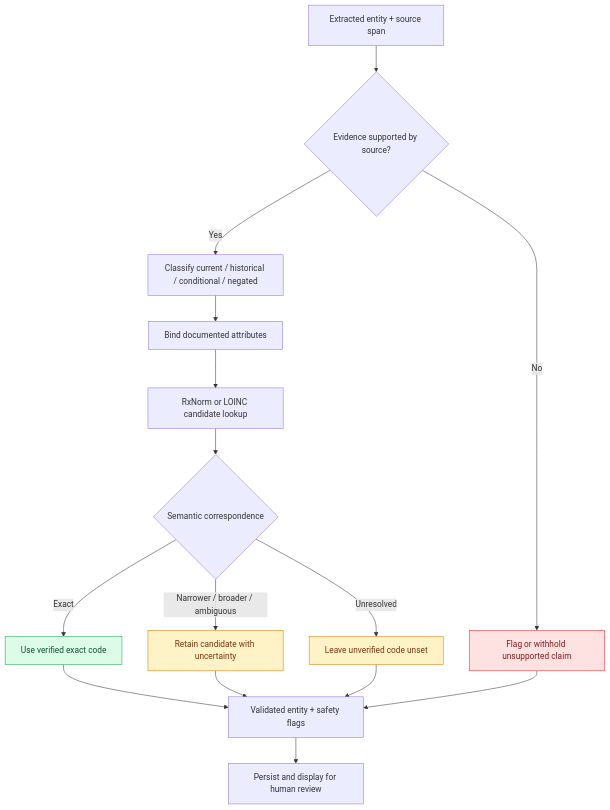
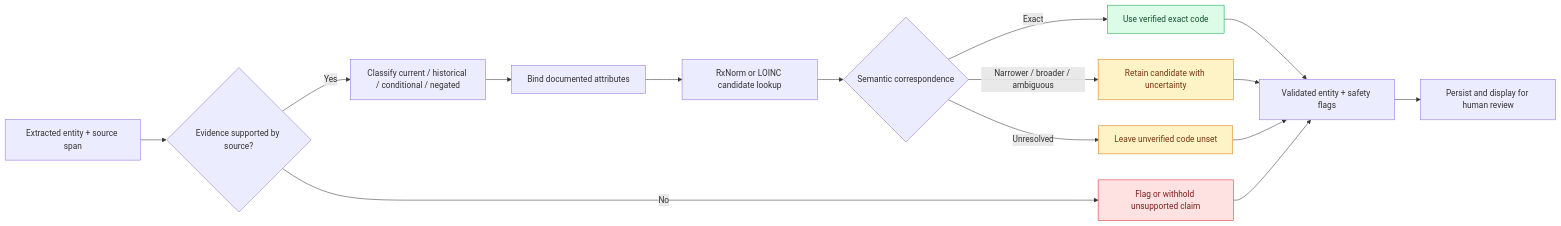
The fourth of 6 diagrams in README.md (935125/Apollo-Clinical-Extraction), drawn with Mermaid before and after one commit. The commit also changed other lines of this file and 6 other files, not shown here.

````diff
--- a/README.md
+++ b/README.md
@@ -137,24 +244,24 @@
 ```mermaid
-flowchart TD
+flowchart LR
     INPUT["Extracted entity + source span"] --> EVIDENCE{"Evidence supported by source?"}
     EVIDENCE -->|"No"| HOLD["Flag or withhold unsupported claim"]
     EVIDENCE -->|"Yes"| SCOPE["Classify current / historical / conditional / negated"]
     SCOPE --> ATTR["Bind documented attributes"]
     ATTR --> CODE["RxNorm or LOINC candidate lookup"]
     CODE --> MATCH{"Semantic correspondence"}
     MATCH -->|"Exact"| EXACT["Use verified exact code"]
     MATCH -->|"Narrower / broader / ambiguous"| REVIEW["Retain candidate with uncertainty"]
     MATCH -->|"Unresolved"| NULL["Leave unverified code unset"]
     EXACT --> OUTPUT["Validated entity + safety flags"]
     REVIEW --> OUTPUT
     NULL --> OUTPUT
     HOLD --> OUTPUT
     OUTPUT --> STORE["Persist and display for human review"]
 
     classDef good fill:#dcfce7,stroke:#16a34a,color:#14532d
     classDef caution fill:#fef3c7,stroke:#d97706,color:#78350f
     classDef error fill:#fee2e2,stroke:#dc2626,color:#7f1d1d
     class EXACT good
     class REVIEW,NULL caution
     class HOLD error
 ```
````
